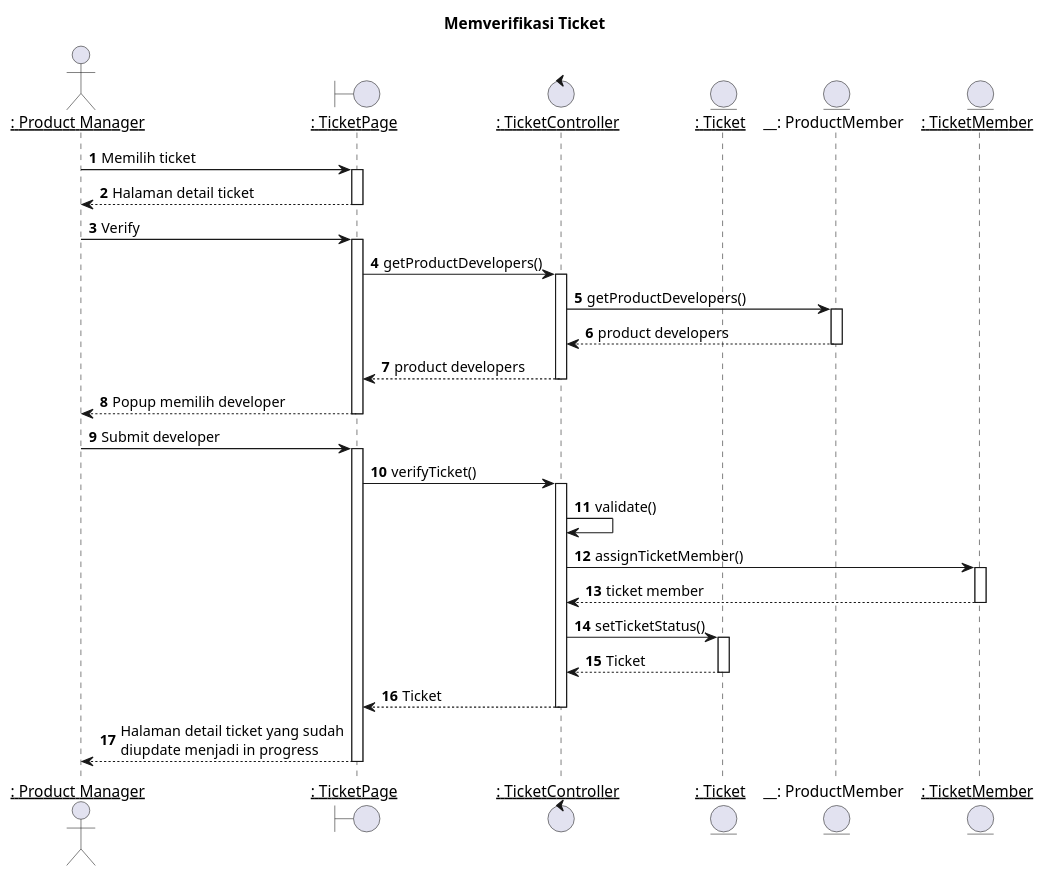
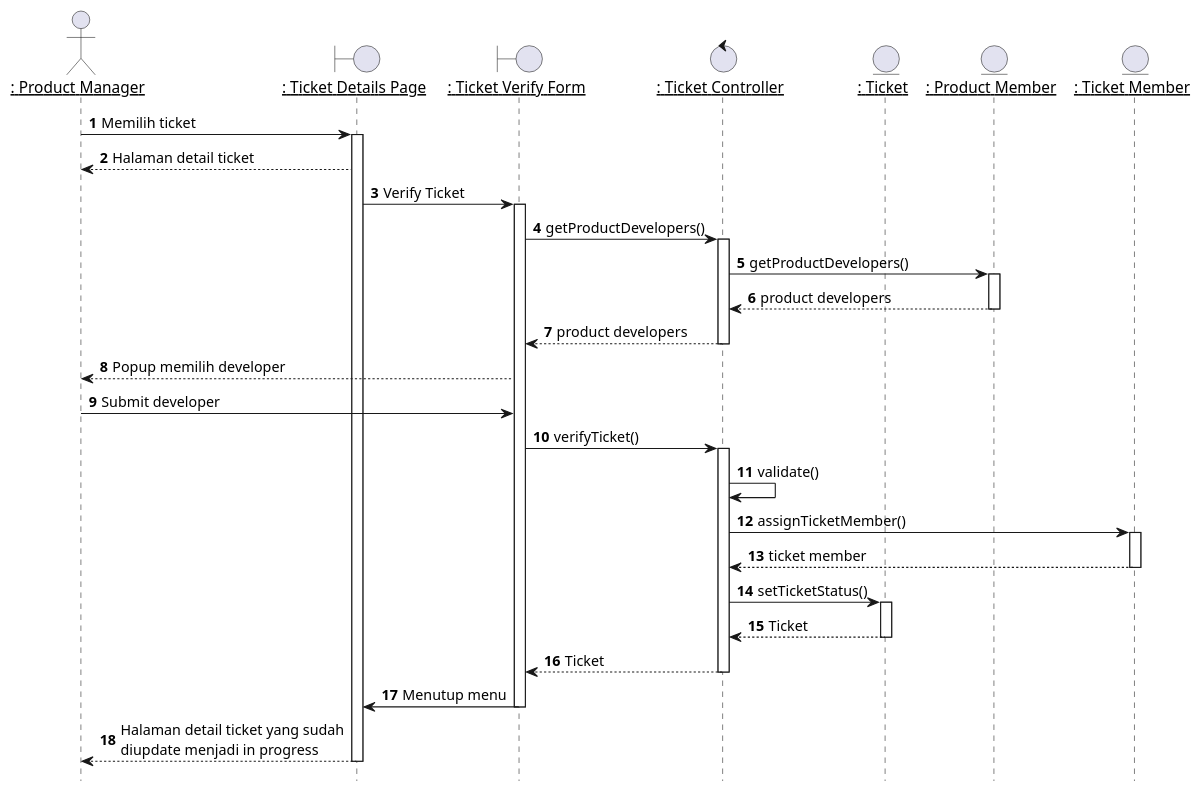
One commit to TAS-PKL/Laporan-PKL-Ticketing changed the diagram in plantuml/sequence/ipm/ipm4.puml. Above: the diagram before and after it, drawn with PlantUML. The commit also changed 47 other files, not shown here.

```diff
--- a/plantuml/sequence/ipm/ipm4.puml
+++ b/plantuml/sequence/ipm/ipm4.puml
@@ -1,67 +1,70 @@
 @startuml Memverifikasi Ticket
 
-title "Memverifikasi Ticket"
+hide footbox
+
+' title "Memverifikasi Ticket"
 
 actor IPM as "__: Product Manager__"
-boundary TicketPage as "__: TicketPage__"
-control TicketController as "__: TicketController__"
+boundary TicketDetailsPage as "__: Ticket Details Page__"
+boundary TicketVerifyForm as "__: Ticket Verify Form__"
+control TicketController as "__: Ticket Controller__"
 entity Ticket as "__: Ticket__"
-entity ProductMember as "__: ProductMember"
-entity TicketMember as "__: TicketMember__"
+entity ProductMember as "__: Product Member__"
+entity TicketMember as "__: Ticket Member__"
 
 autonumber 1
 'list
-IPM -> TicketPage: Memilih ticket
-activate TicketPage
+IPM -> TicketDetailsPage: Memilih ticket
+activate TicketDetailsPage
 
-TicketPage --> IPM: Halaman detail ticket
-deactivate TicketPage
+TicketDetailsPage --> IPM: Halaman detail ticket
 
 'Pilih member
-IPM -> TicketPage: Verify
-activate TicketPage
+TicketDetailsPage -> TicketVerifyForm: Verify Ticket
+activate TicketVerifyForm
 
-TicketPage -> TicketController: getProductDevelopers()
+TicketVerifyForm -> TicketController: getProductDevelopers()
 activate TicketController
 
 TicketController -> ProductMember: getProductDevelopers()
 activate ProductMember
 
 ProductMember --> TicketController: product developers
 deactivate ProductMember
 
-TicketController --> TicketPage: product developers
+TicketController --> TicketVerifyForm: product developers
 deactivate TicketController
 
 
-TicketPage --> IPM: Popup memilih developer
-deactivate TicketPage
+TicketVerifyForm --> IPM: Popup memilih developer
 
-IPM -> TicketPage: Submit developer
-activate TicketPage
+IPM -> TicketVerifyForm: Submit developer
 
-TicketPage -> TicketController: verifyTicket()
+TicketVerifyForm -> TicketController: verifyTicket()
 activate TicketController
 
 TicketController -> TicketController: validate()
 
 TicketController -> TicketMember: assignTicketMember()
 activate TicketMember
 
 TicketMember --> TicketController: ticket member
 deactivate TicketMember
 
 TicketController -> Ticket: setTicketStatus()
 activate Ticket
 
 Ticket --> TicketController : Ticket
 deactivate Ticket
 
-TicketController --> TicketPage : Ticket
+TicketController --> TicketVerifyForm : Ticket
 deactivate TicketController
 
-TicketPage --> IPM : Halaman detail ticket yang sudah\ndiupdate menjadi in progress
-deactivate TicketPage
+TicketVerifyForm -> TicketDetailsPage : Menutup menu
+deactivate TicketVerifyForm
+
+TicketDetailsPage --> IPM : Halaman detail ticket yang sudah\ndiupdate menjadi in progress
+deactivate TicketDetailsPage
 
 
 @enduml
```
